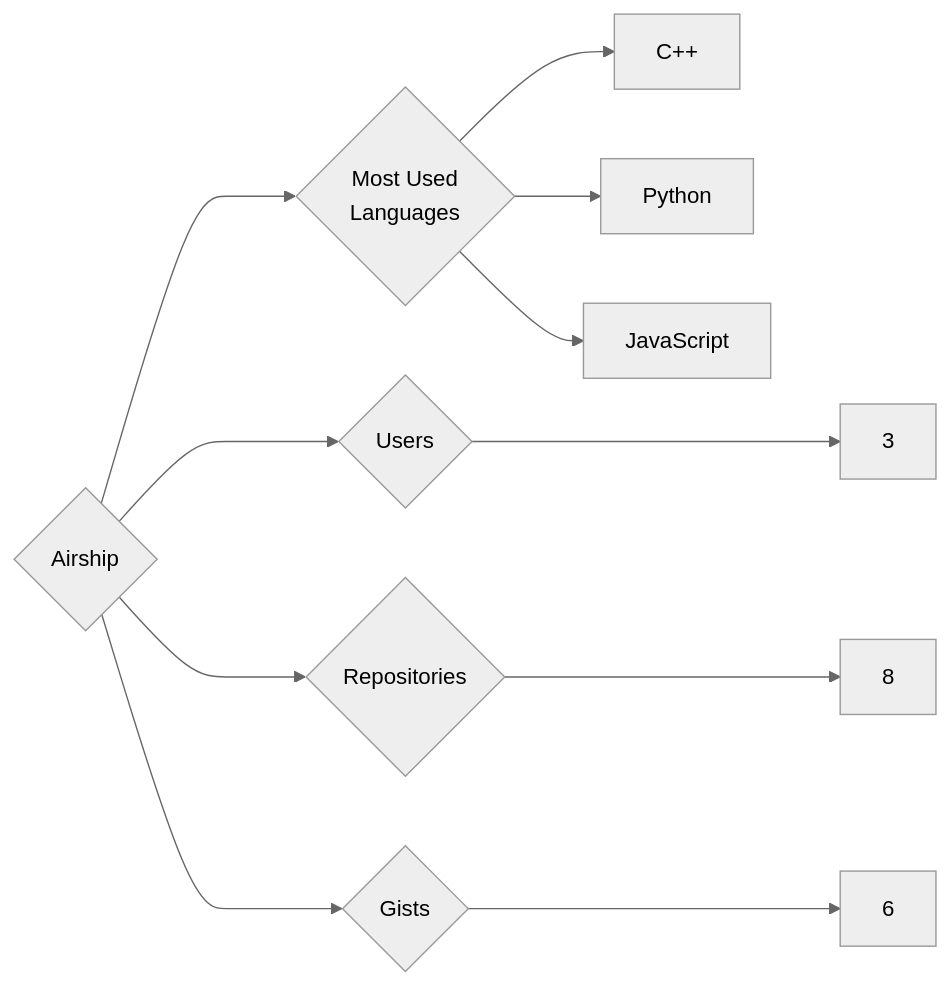
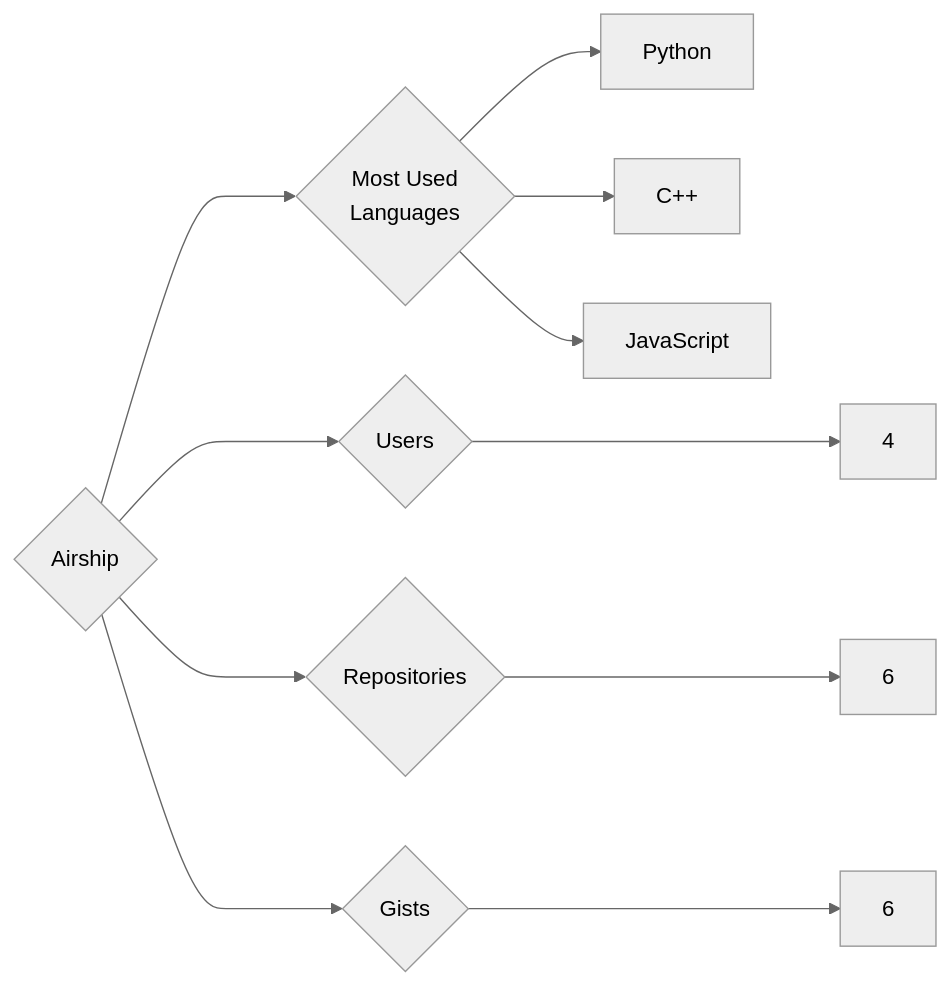
One commit to trickest/insiders changed the diagram in targets/Airship/README.md. Above: the diagram before and after it, drawn with Mermaid (neutral theme). The commit also changed 840 other files, not shown here.

````diff
--- a/targets/Airship/README.md
+++ b/targets/Airship/README.md
@@ -3,11 +3,11 @@
 ```mermaid
 graph LR
 COMPANY_NAME{Airship}
-COMPANY_NAME ---> U{Users} ---> UN[3]
-COMPANY_NAME ---> R{Repositories} ---> RN[8]
+COMPANY_NAME ---> U{Users} ---> UN[4]
+COMPANY_NAME ---> R{Repositories} ---> RN[6]
 COMPANY_NAME ---> G{Gists} ---> GN[6]
 COMPANY_NAME ---> ML{Most Used<br>Languages}
+ML --> Python[Python]
 ML --> C++[C++]
-ML --> Python[Python]
 ML --> JavaScript[JavaScript]
 ```
````
